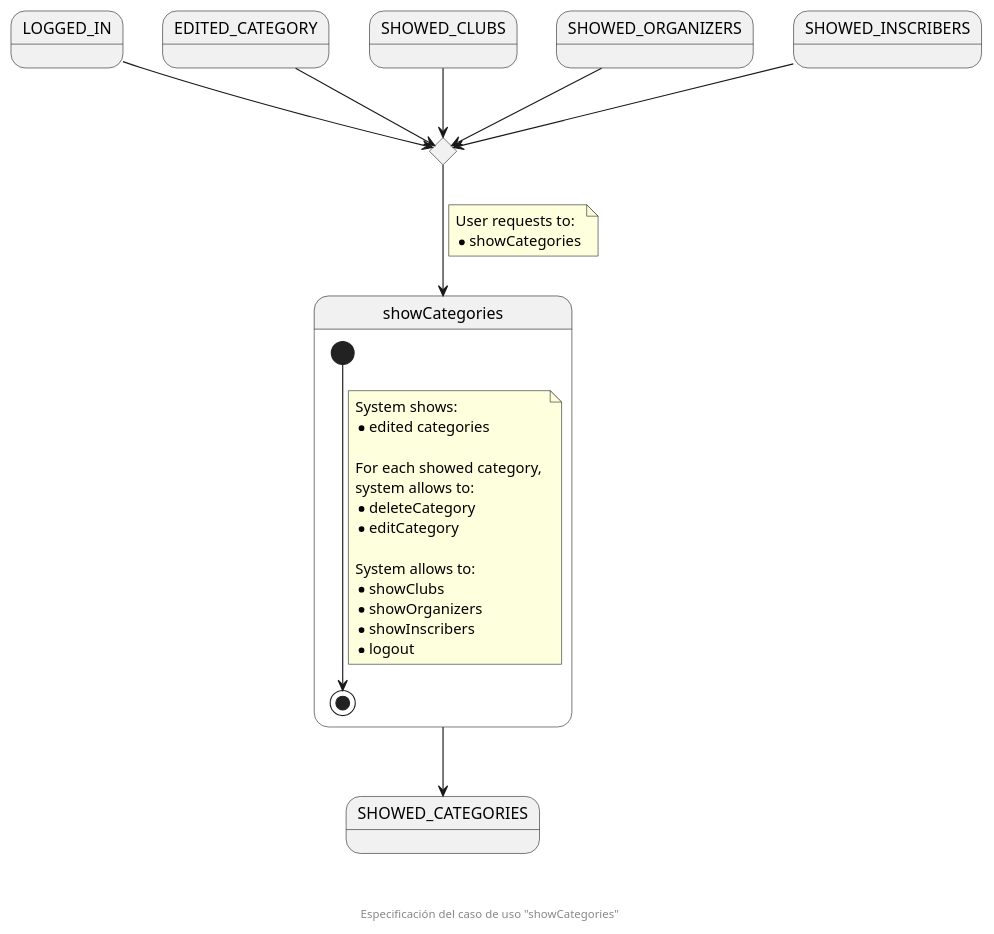
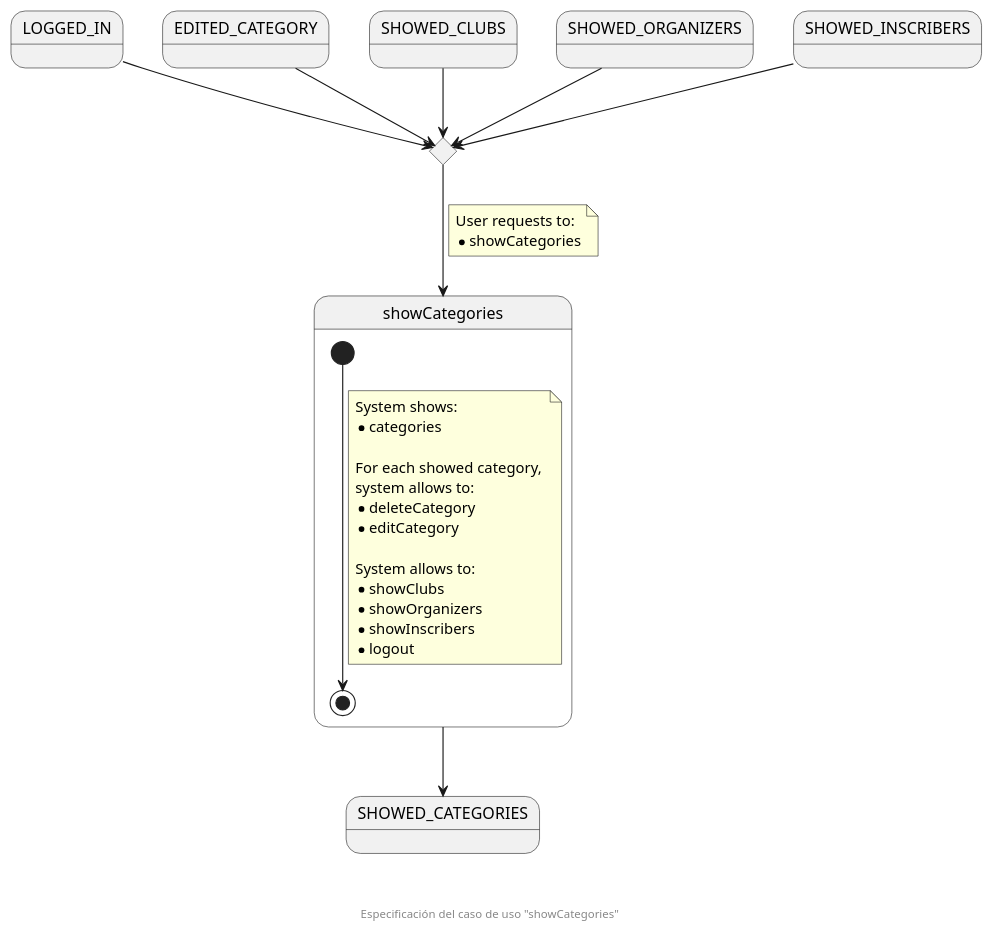
Before and after one commit to zuldare/mastercloud_pfm_halterocms: the diagram in documentation/diagrams/1_requirements/3_useCasesSpecification/organizationSecretary/01_showCategories.puml, drawn with PlantUML.

Commit message:
Fix showCategories, changing 'edited categories' message

```diff
--- a/documentation/diagrams/1_requirements/3_useCasesSpecification/organizationSecretary/01_showCategories.puml
+++ b/documentation/diagrams/1_requirements/3_useCasesSpecification/organizationSecretary/01_showCategories.puml
@@ -1,44 +1,44 @@
 @startuml
 state LOGGED_IN
 state EDITED_CATEGORY
 state SHOWED_CLUBS
 state SHOWED_ORGANIZERS
 state SHOWED_INSCRIBERS
 
 state enterShowCategoriesCHC <<choice>>
 
 state showCategories {
   [*] --> [*]
   note on link
     System shows:
-    * edited categories
+    * categories
 
     For each showed category, 
     system allows to:
     * deleteCategory
     * editCategory
 
     System allows to:
     * showClubs
     * showOrganizers
     * showInscribers
     * logout
   end note
 }
 state SHOWED_CATEGORIES
 
 LOGGED_IN --> enterShowCategoriesCHC
 EDITED_CATEGORY --> enterShowCategoriesCHC
 SHOWED_CLUBS --> enterShowCategoriesCHC
 SHOWED_ORGANIZERS --> enterShowCategoriesCHC
 SHOWED_INSCRIBERS --> enterShowCategoriesCHC
 
 enterShowCategoriesCHC --> showCategories
 note on link
   User requests to:
   * showCategories
 end note
 showCategories --> SHOWED_CATEGORIES
 
 footer \n\n\n Especificación del caso de uso "showCategories"
 @enduml
```
